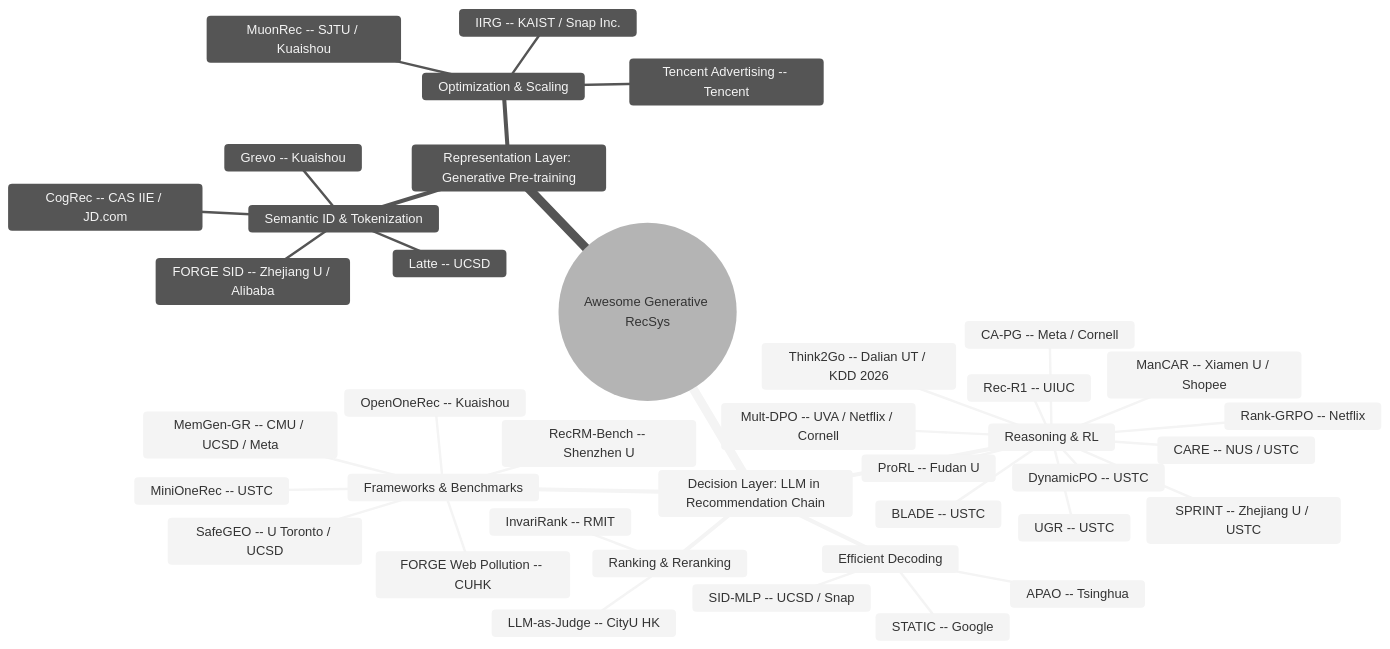
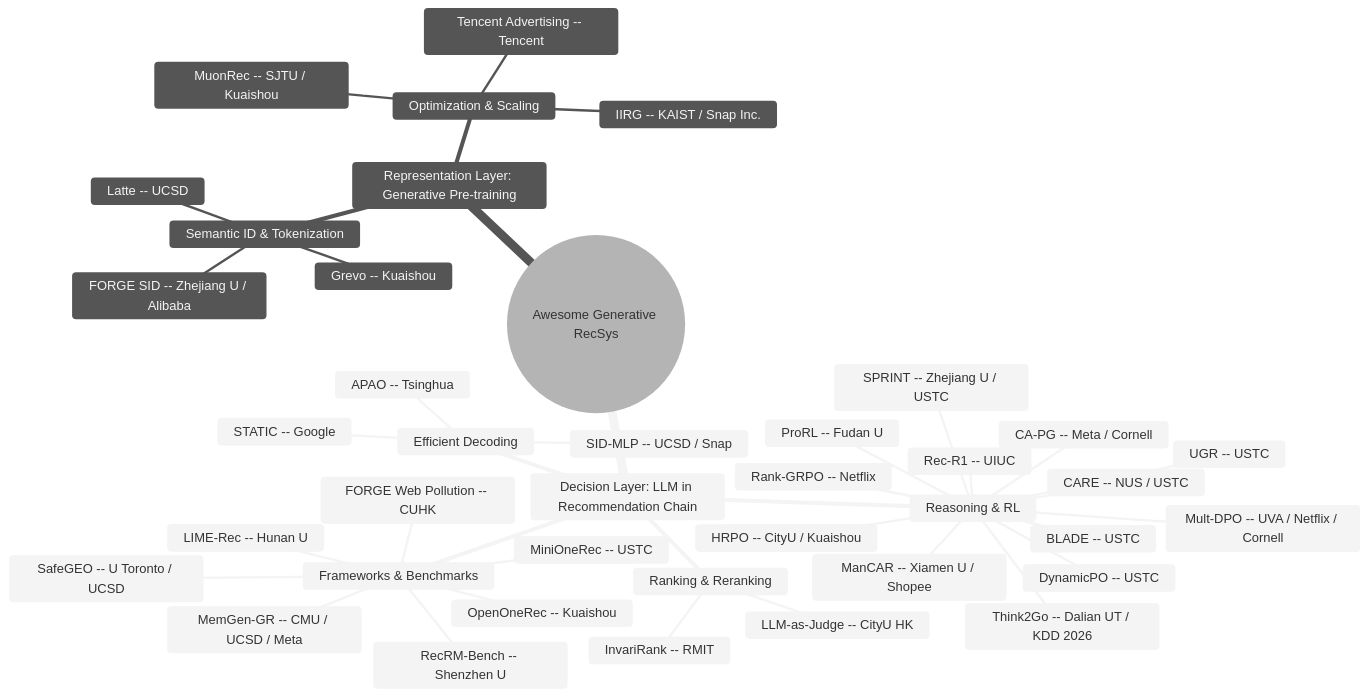
The diagram in README.md (HaFred/awesome-generative-recsys), drawn with Mermaid (neutral theme) before and after one commit. The commit also changed other lines of this file and 3 other files, not shown here.

````diff
--- a/README.md
+++ b/README.md
@@ -28,42 +28,43 @@
 ```mermaid
 mindmap
   root((Awesome Generative RecSys))
     Decision Layer: LLM in Recommendation Chain
       Reasoning & RL
         Rank-GRPO -- Netflix
         DynamicPO -- USTC
         BLADE -- USTC
         SPRINT -- Zhejiang U / USTC
         Mult-DPO -- UVA / Netflix / Cornell
         CA-PG -- Meta / Cornell
         ProRL -- Fudan U
         Rec-R1 -- UIUC
         ManCAR -- Xiamen U / Shopee
         CARE -- NUS / USTC
         UGR -- USTC
         Think2Go -- Dalian UT / KDD 2026
+        HRPO -- CityU / Kuaishou
       Ranking & Reranking
         InvariRank -- RMIT
         LLM-as-Judge -- CityU HK
       Frameworks & Benchmarks
         MiniOneRec -- USTC
         OpenOneRec -- Kuaishou
         RecRM-Bench -- Shenzhen U
         SafeGEO -- U Toronto / UCSD
         MemGen-GR -- CMU / UCSD / Meta
         FORGE Web Pollution -- CUHK
+        LIME-Rec -- Hunan U
       Efficient Decoding
         STATIC -- Google
         APAO -- Tsinghua
         SID-MLP -- UCSD / Snap
     Representation Layer: Generative Pre-training
       Semantic ID & Tokenization
         Latte -- UCSD
         FORGE SID -- Zhejiang U / Alibaba
-        CogRec -- CAS IIE / JD.com
         Grevo -- Kuaishou
       Optimization & Scaling
         MuonRec -- SJTU / Kuaishou
         Tencent Advertising -- Tencent
         IIRG -- KAIST / Snap Inc.
 ```
````
